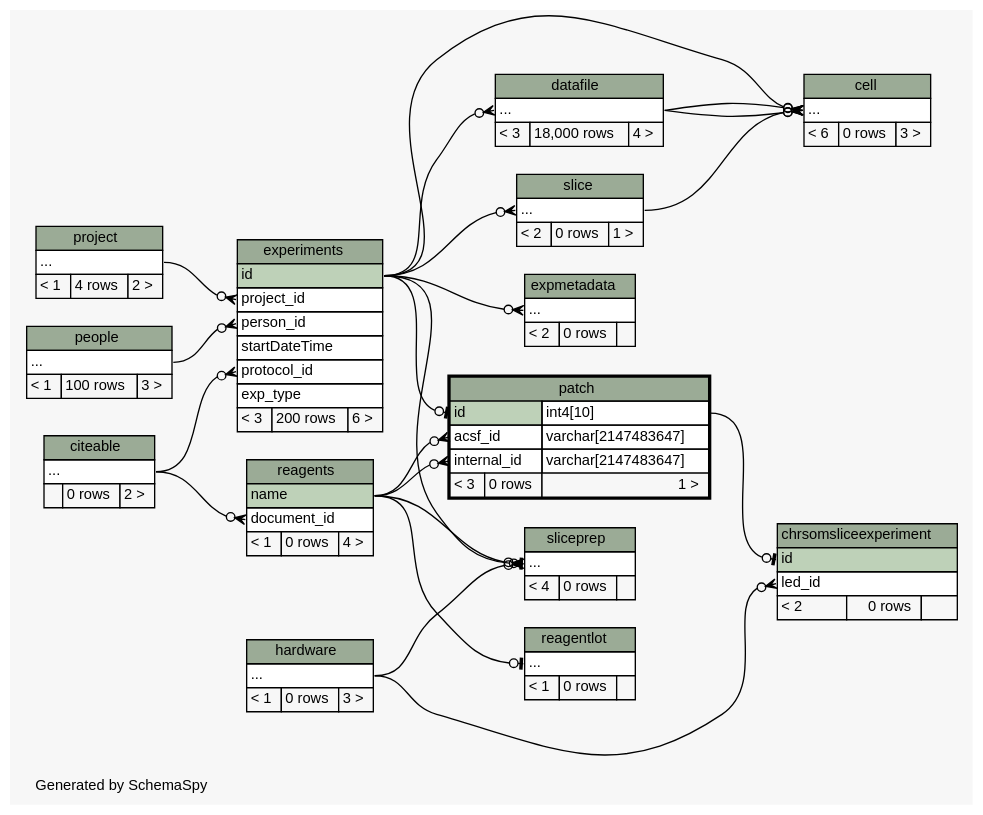
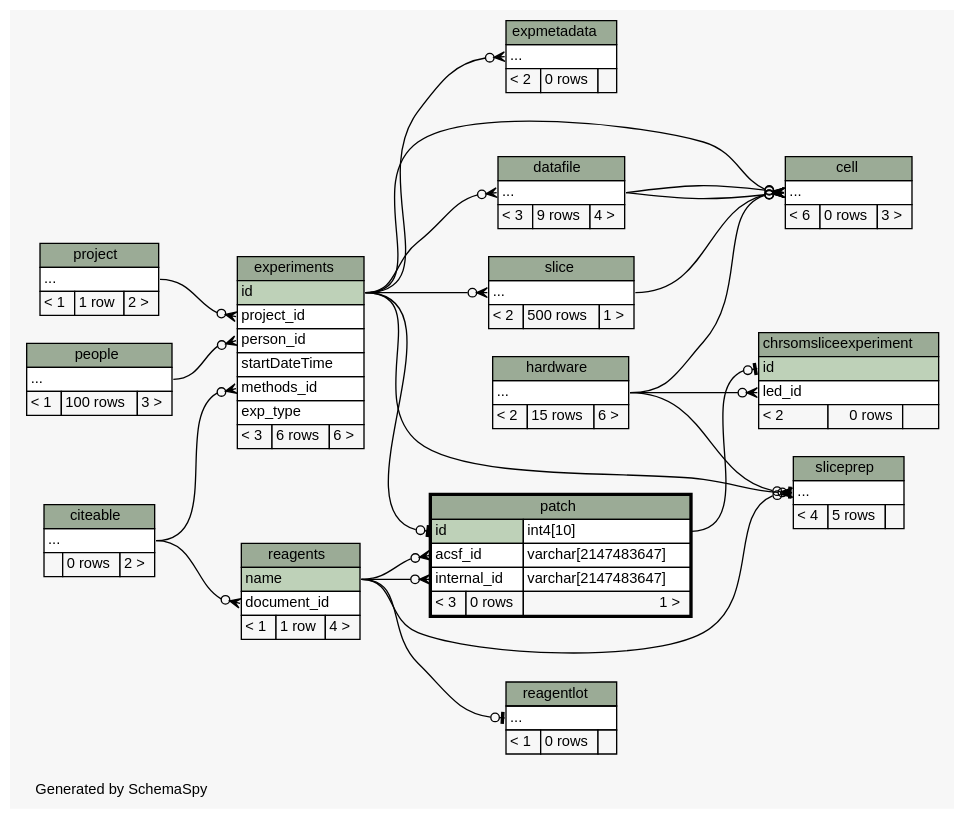
Before and after one commit to tgbugs/mlab: the diagram in database/ss/diagrams/patch.2degrees.dot, drawn with Graphviz. The commit also changed 204 other files, not shown here.

Commit message:
got the hardware working as a tree, removed explicit amp and headstage classes, updated schemaspy

```diff
--- a/database/ss/diagrams/patch.2degrees.dot
+++ b/database/ss/diagrams/patch.2degrees.dot
@@ -1,191 +1,192 @@
 // dot 2.32.0 on Windows 7 6.1
 // SchemaSpy rev 590
 digraph "twoDegreesRelationshipsDiagram" {
   graph [
     rankdir="RL"
     bgcolor="#f7f7f7"
     label="\nGenerated by SchemaSpy"
     labeljust="l"
     nodesep="0.18"
     ranksep="0.46"
     fontname="Helvetica"
     fontsize="11"
   ];
   node [
     fontname="Helvetica"
     fontsize="11"
     shape="plaintext"
   ];
   edge [
     arrowsize="0.8"
   ];
   "cell":"elipses":w -> "experiments":"id":e [arrowhead=none dir=back arrowtail=crowodot];
   "cell":"elipses":w -> "datafile":"elipses":e [arrowhead=none dir=back arrowtail=crowodot];
+  "cell":"elipses":w -> "hardware":"elipses":e [arrowhead=none dir=back arrowtail=crowodot];
   "cell":"elipses":w -> "datafile":"elipses":e [arrowhead=none dir=back arrowtail=crowodot];
   "cell":"elipses":w -> "slice":"elipses":e [arrowhead=none dir=back arrowtail=crowodot];
   "chrsomsliceexperiment":"id":w -> "patch":"id.type":e [arrowhead=none dir=back arrowtail=teeodot];
   "chrsomsliceexperiment":"led_id":w -> "hardware":"elipses":e [arrowhead=none dir=back arrowtail=crowodot];
   "datafile":"elipses":w -> "experiments":"id":e [arrowhead=none dir=back arrowtail=crowodot];
+  "experiments":"methods_id":w -> "citeable":"elipses":e [arrowhead=none dir=back arrowtail=crowodot];
   "experiments":"person_id":w -> "people":"elipses":e [arrowhead=none dir=back arrowtail=crowodot];
   "experiments":"project_id":w -> "project":"elipses":e [arrowhead=none dir=back arrowtail=crowodot];
-  "experiments":"protocol_id":w -> "citeable":"elipses":e [arrowhead=none dir=back arrowtail=crowodot];
   "expmetadata":"elipses":w -> "experiments":"id":e [arrowhead=none dir=back arrowtail=crowodot];
   "patch":"acsf_id":w -> "reagents":"name":e [arrowhead=none dir=back arrowtail=crowodot];
   "patch":"id":w -> "experiments":"id":e [arrowhead=none dir=back arrowtail=teeodot];
   "patch":"internal_id":w -> "reagents":"name":e [arrowhead=none dir=back arrowtail=crowodot];
   "reagentlot":"elipses":w -> "reagents":"name":e [arrowhead=none dir=back arrowtail=teeodot];
   "reagents":"document_id":w -> "citeable":"elipses":e [arrowhead=none dir=back arrowtail=crowodot];
   "slice":"elipses":w -> "experiments":"id":e [arrowhead=none dir=back arrowtail=crowodot];
   "sliceprep":"elipses":w -> "hardware":"elipses":e [arrowhead=none dir=back arrowtail=crowodot];
   "sliceprep":"elipses":w -> "experiments":"id":e [arrowhead=none dir=back arrowtail=teeodot];
   "sliceprep":"elipses":w -> "reagents":"name":e [arrowhead=none dir=back arrowtail=crowodot];
   "cell" [
     label=<
     <TABLE BORDER="0" CELLBORDER="1" CELLSPACING="0" BGCOLOR="#ffffff">
       <TR><TD COLSPAN="3" BGCOLOR="#9bab96" ALIGN="CENTER">cell</TD></TR>
       <TR><TD PORT="elipses" COLSPAN="3" ALIGN="LEFT">...</TD></TR>
       <TR><TD ALIGN="LEFT" BGCOLOR="#f7f7f7">&lt; 6</TD><TD ALIGN="RIGHT" BGCOLOR="#f7f7f7">0 rows</TD><TD ALIGN="RIGHT" BGCOLOR="#f7f7f7">3 &gt;</TD></TR>
     </TABLE>>
     URL="cell.html"
     tooltip="cell"
   ];
   "chrsomsliceexperiment" [
     label=<
     <TABLE BORDER="0" CELLBORDER="1" CELLSPACING="0" BGCOLOR="#ffffff">
       <TR><TD COLSPAN="3" BGCOLOR="#9bab96" ALIGN="CENTER">chrsomsliceexperiment</TD></TR>
       <TR><TD PORT="id" COLSPAN="3" BGCOLOR="#bed1b8" ALIGN="LEFT">id</TD></TR>
       <TR><TD PORT="led_id" COLSPAN="3" ALIGN="LEFT">led_id</TD></TR>
       <TR><TD ALIGN="LEFT" BGCOLOR="#f7f7f7">&lt; 2</TD><TD ALIGN="RIGHT" BGCOLOR="#f7f7f7">0 rows</TD><TD ALIGN="RIGHT" BGCOLOR="#f7f7f7">  </TD></TR>
     </TABLE>>
     URL="chrsomsliceexperiment.html"
     tooltip="chrsomsliceexperiment"
   ];
   "citeable" [
     label=<
     <TABLE BORDER="0" CELLBORDER="1" CELLSPACING="0" BGCOLOR="#ffffff">
       <TR><TD COLSPAN="3" BGCOLOR="#9bab96" ALIGN="CENTER">citeable</TD></TR>
       <TR><TD PORT="elipses" COLSPAN="3" ALIGN="LEFT">...</TD></TR>
       <TR><TD ALIGN="LEFT" BGCOLOR="#f7f7f7">  </TD><TD ALIGN="RIGHT" BGCOLOR="#f7f7f7">0 rows</TD><TD ALIGN="RIGHT" BGCOLOR="#f7f7f7">2 &gt;</TD></TR>
     </TABLE>>
     URL="citeable.html"
     tooltip="citeable"
   ];
   "datafile" [
     label=<
     <TABLE BORDER="0" CELLBORDER="1" CELLSPACING="0" BGCOLOR="#ffffff">
       <TR><TD COLSPAN="3" BGCOLOR="#9bab96" ALIGN="CENTER">datafile</TD></TR>
       <TR><TD PORT="elipses" COLSPAN="3" ALIGN="LEFT">...</TD></TR>
-      <TR><TD ALIGN="LEFT" BGCOLOR="#f7f7f7">&lt; 3</TD><TD ALIGN="RIGHT" BGCOLOR="#f7f7f7">18,000 rows</TD><TD ALIGN="RIGHT" BGCOLOR="#f7f7f7">4 &gt;</TD></TR>
+      <TR><TD ALIGN="LEFT" BGCOLOR="#f7f7f7">&lt; 3</TD><TD ALIGN="RIGHT" BGCOLOR="#f7f7f7">9 rows</TD><TD ALIGN="RIGHT" BGCOLOR="#f7f7f7">4 &gt;</TD></TR>
     </TABLE>>
     URL="datafile.html"
     tooltip="datafile"
   ];
   "experiments" [
     label=<
     <TABLE BORDER="0" CELLBORDER="1" CELLSPACING="0" BGCOLOR="#ffffff">
       <TR><TD COLSPAN="3" BGCOLOR="#9bab96" ALIGN="CENTER">experiments</TD></TR>
       <TR><TD PORT="id" COLSPAN="3" BGCOLOR="#bed1b8" ALIGN="LEFT">id</TD></TR>
       <TR><TD PORT="project_id" COLSPAN="3" ALIGN="LEFT">project_id</TD></TR>
       <TR><TD PORT="person_id" COLSPAN="3" ALIGN="LEFT">person_id</TD></TR>
       <TR><TD PORT="startDateTime" COLSPAN="3" ALIGN="LEFT">startDateTime</TD></TR>
-      <TR><TD PORT="protocol_id" COLSPAN="3" ALIGN="LEFT">protocol_id</TD></TR>
+      <TR><TD PORT="methods_id" COLSPAN="3" ALIGN="LEFT">methods_id</TD></TR>
       <TR><TD PORT="exp_type" COLSPAN="3" ALIGN="LEFT">exp_type</TD></TR>
-      <TR><TD ALIGN="LEFT" BGCOLOR="#f7f7f7">&lt; 3</TD><TD ALIGN="RIGHT" BGCOLOR="#f7f7f7">200 rows</TD><TD ALIGN="RIGHT" BGCOLOR="#f7f7f7">6 &gt;</TD></TR>
+      <TR><TD ALIGN="LEFT" BGCOLOR="#f7f7f7">&lt; 3</TD><TD ALIGN="RIGHT" BGCOLOR="#f7f7f7">6 rows</TD><TD ALIGN="RIGHT" BGCOLOR="#f7f7f7">6 &gt;</TD></TR>
     </TABLE>>
     URL="experiments.html"
     tooltip="experiments"
   ];
   "expmetadata" [
     label=<
     <TABLE BORDER="0" CELLBORDER="1" CELLSPACING="0" BGCOLOR="#ffffff">
       <TR><TD COLSPAN="3" BGCOLOR="#9bab96" ALIGN="CENTER">expmetadata</TD></TR>
       <TR><TD PORT="elipses" COLSPAN="3" ALIGN="LEFT">...</TD></TR>
       <TR><TD ALIGN="LEFT" BGCOLOR="#f7f7f7">&lt; 2</TD><TD ALIGN="RIGHT" BGCOLOR="#f7f7f7">0 rows</TD><TD ALIGN="RIGHT" BGCOLOR="#f7f7f7">  </TD></TR>
     </TABLE>>
     URL="expmetadata.html"
     tooltip="expmetadata"
   ];
   "hardware" [
     label=<
     <TABLE BORDER="0" CELLBORDER="1" CELLSPACING="0" BGCOLOR="#ffffff">
       <TR><TD COLSPAN="3" BGCOLOR="#9bab96" ALIGN="CENTER">hardware</TD></TR>
       <TR><TD PORT="elipses" COLSPAN="3" ALIGN="LEFT">...</TD></TR>
-      <TR><TD ALIGN="LEFT" BGCOLOR="#f7f7f7">&lt; 1</TD><TD ALIGN="RIGHT" BGCOLOR="#f7f7f7">0 rows</TD><TD ALIGN="RIGHT" BGCOLOR="#f7f7f7">3 &gt;</TD></TR>
+      <TR><TD ALIGN="LEFT" BGCOLOR="#f7f7f7">&lt; 2</TD><TD ALIGN="RIGHT" BGCOLOR="#f7f7f7">15 rows</TD><TD ALIGN="RIGHT" BGCOLOR="#f7f7f7">6 &gt;</TD></TR>
     </TABLE>>
     URL="hardware.html"
     tooltip="hardware"
   ];
   "patch" [
     label=<
     <TABLE BORDER="2" CELLBORDER="1" CELLSPACING="0" BGCOLOR="#ffffff">
       <TR><TD COLSPAN="3" BGCOLOR="#9bab96" ALIGN="CENTER">patch</TD></TR>
       <TR><TD PORT="id" COLSPAN="2" BGCOLOR="#bed1b8" ALIGN="LEFT">id</TD><TD PORT="id.type" ALIGN="LEFT">int4[10]</TD></TR>
       <TR><TD PORT="acsf_id" COLSPAN="2" ALIGN="LEFT">acsf_id</TD><TD PORT="acsf_id.type" ALIGN="LEFT">varchar[2147483647]</TD></TR>
       <TR><TD PORT="internal_id" COLSPAN="2" ALIGN="LEFT">internal_id</TD><TD PORT="internal_id.type" ALIGN="LEFT">varchar[2147483647]</TD></TR>
       <TR><TD ALIGN="LEFT" BGCOLOR="#f7f7f7">&lt; 3</TD><TD ALIGN="RIGHT" BGCOLOR="#f7f7f7">0 rows</TD><TD ALIGN="RIGHT" BGCOLOR="#f7f7f7">1 &gt;</TD></TR>
     </TABLE>>
     URL="patch.html"
     tooltip="patch"
   ];
   "people" [
     label=<
     <TABLE BORDER="0" CELLBORDER="1" CELLSPACING="0" BGCOLOR="#ffffff">
       <TR><TD COLSPAN="3" BGCOLOR="#9bab96" ALIGN="CENTER">people</TD></TR>
       <TR><TD PORT="elipses" COLSPAN="3" ALIGN="LEFT">...</TD></TR>
       <TR><TD ALIGN="LEFT" BGCOLOR="#f7f7f7">&lt; 1</TD><TD ALIGN="RIGHT" BGCOLOR="#f7f7f7">100 rows</TD><TD ALIGN="RIGHT" BGCOLOR="#f7f7f7">3 &gt;</TD></TR>
     </TABLE>>
     URL="people.html"
     tooltip="people"
   ];
   "project" [
     label=<
     <TABLE BORDER="0" CELLBORDER="1" CELLSPACING="0" BGCOLOR="#ffffff">
       <TR><TD COLSPAN="3" BGCOLOR="#9bab96" ALIGN="CENTER">project</TD></TR>
       <TR><TD PORT="elipses" COLSPAN="3" ALIGN="LEFT">...</TD></TR>
-      <TR><TD ALIGN="LEFT" BGCOLOR="#f7f7f7">&lt; 1</TD><TD ALIGN="RIGHT" BGCOLOR="#f7f7f7">4 rows</TD><TD ALIGN="RIGHT" BGCOLOR="#f7f7f7">2 &gt;</TD></TR>
+      <TR><TD ALIGN="LEFT" BGCOLOR="#f7f7f7">&lt; 1</TD><TD ALIGN="RIGHT" BGCOLOR="#f7f7f7">1 row</TD><TD ALIGN="RIGHT" BGCOLOR="#f7f7f7">2 &gt;</TD></TR>
     </TABLE>>
     URL="project.html"
     tooltip="project"
   ];
   "reagentlot" [
     label=<
     <TABLE BORDER="0" CELLBORDER="1" CELLSPACING="0" BGCOLOR="#ffffff">
       <TR><TD COLSPAN="3" BGCOLOR="#9bab96" ALIGN="CENTER">reagentlot</TD></TR>
       <TR><TD PORT="elipses" COLSPAN="3" ALIGN="LEFT">...</TD></TR>
       <TR><TD ALIGN="LEFT" BGCOLOR="#f7f7f7">&lt; 1</TD><TD ALIGN="RIGHT" BGCOLOR="#f7f7f7">0 rows</TD><TD ALIGN="RIGHT" BGCOLOR="#f7f7f7">  </TD></TR>
     </TABLE>>
     URL="reagentlot.html"
     tooltip="reagentlot"
   ];
   "reagents" [
     label=<
     <TABLE BORDER="0" CELLBORDER="1" CELLSPACING="0" BGCOLOR="#ffffff">
       <TR><TD COLSPAN="3" BGCOLOR="#9bab96" ALIGN="CENTER">reagents</TD></TR>
       <TR><TD PORT="name" COLSPAN="3" BGCOLOR="#bed1b8" ALIGN="LEFT">name</TD></TR>
       <TR><TD PORT="document_id" COLSPAN="3" ALIGN="LEFT">document_id</TD></TR>
-      <TR><TD ALIGN="LEFT" BGCOLOR="#f7f7f7">&lt; 1</TD><TD ALIGN="RIGHT" BGCOLOR="#f7f7f7">0 rows</TD><TD ALIGN="RIGHT" BGCOLOR="#f7f7f7">4 &gt;</TD></TR>
+      <TR><TD ALIGN="LEFT" BGCOLOR="#f7f7f7">&lt; 1</TD><TD ALIGN="RIGHT" BGCOLOR="#f7f7f7">1 row</TD><TD ALIGN="RIGHT" BGCOLOR="#f7f7f7">4 &gt;</TD></TR>
     </TABLE>>
     URL="reagents.html"
     tooltip="reagents"
   ];
   "slice" [
     label=<
     <TABLE BORDER="0" CELLBORDER="1" CELLSPACING="0" BGCOLOR="#ffffff">
       <TR><TD COLSPAN="3" BGCOLOR="#9bab96" ALIGN="CENTER">slice</TD></TR>
       <TR><TD PORT="elipses" COLSPAN="3" ALIGN="LEFT">...</TD></TR>
-      <TR><TD ALIGN="LEFT" BGCOLOR="#f7f7f7">&lt; 2</TD><TD ALIGN="RIGHT" BGCOLOR="#f7f7f7">0 rows</TD><TD ALIGN="RIGHT" BGCOLOR="#f7f7f7">1 &gt;</TD></TR>
+      <TR><TD ALIGN="LEFT" BGCOLOR="#f7f7f7">&lt; 2</TD><TD ALIGN="RIGHT" BGCOLOR="#f7f7f7">500 rows</TD><TD ALIGN="RIGHT" BGCOLOR="#f7f7f7">1 &gt;</TD></TR>
     </TABLE>>
     URL="slice.html"
     tooltip="slice"
   ];
   "sliceprep" [
     label=<
     <TABLE BORDER="0" CELLBORDER="1" CELLSPACING="0" BGCOLOR="#ffffff">
       <TR><TD COLSPAN="3" BGCOLOR="#9bab96" ALIGN="CENTER">sliceprep</TD></TR>
       <TR><TD PORT="elipses" COLSPAN="3" ALIGN="LEFT">...</TD></TR>
-      <TR><TD ALIGN="LEFT" BGCOLOR="#f7f7f7">&lt; 4</TD><TD ALIGN="RIGHT" BGCOLOR="#f7f7f7">0 rows</TD><TD ALIGN="RIGHT" BGCOLOR="#f7f7f7">  </TD></TR>
+      <TR><TD ALIGN="LEFT" BGCOLOR="#f7f7f7">&lt; 4</TD><TD ALIGN="RIGHT" BGCOLOR="#f7f7f7">5 rows</TD><TD ALIGN="RIGHT" BGCOLOR="#f7f7f7">  </TD></TR>
     </TABLE>>
     URL="sliceprep.html"
     tooltip="sliceprep"
   ];
 }
```
